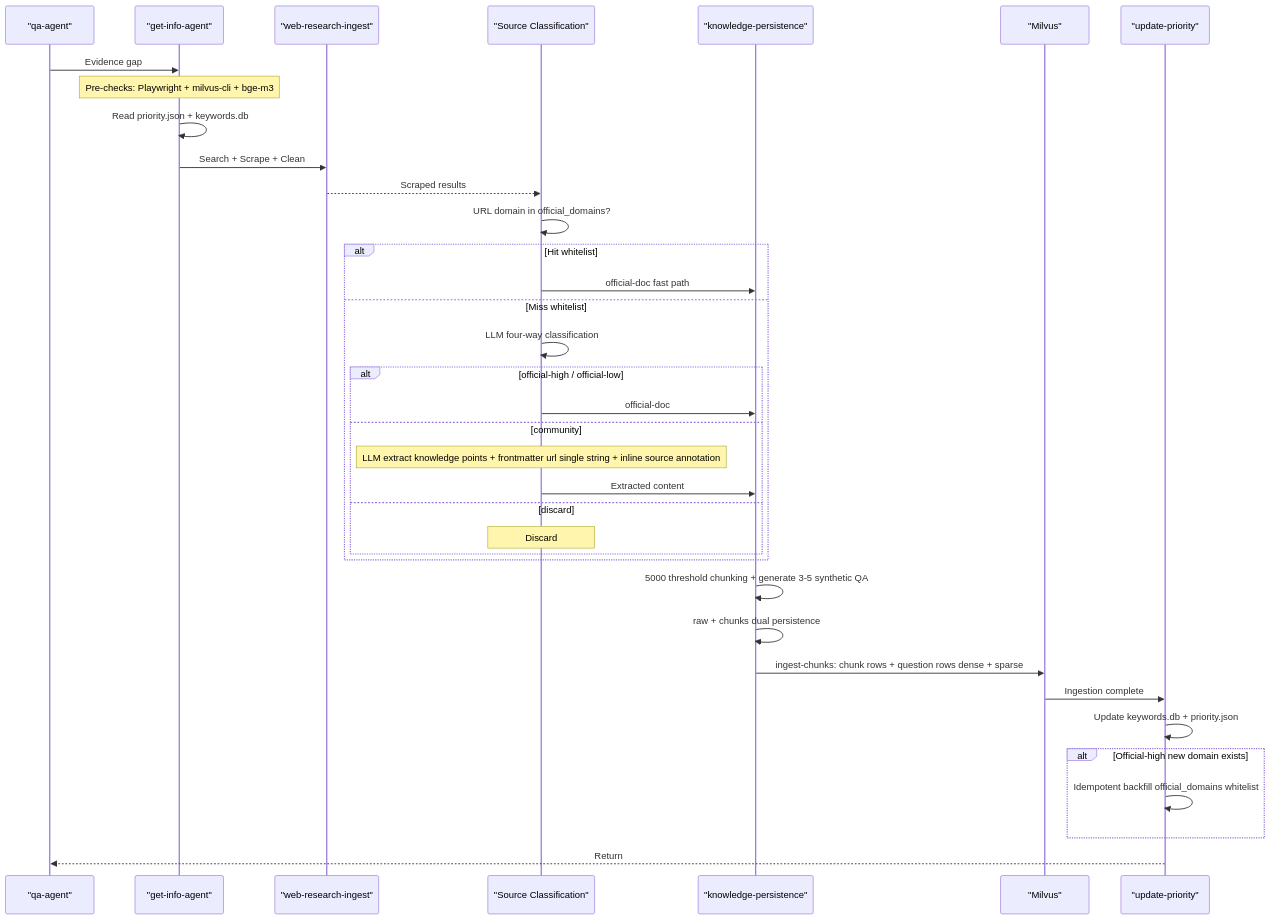
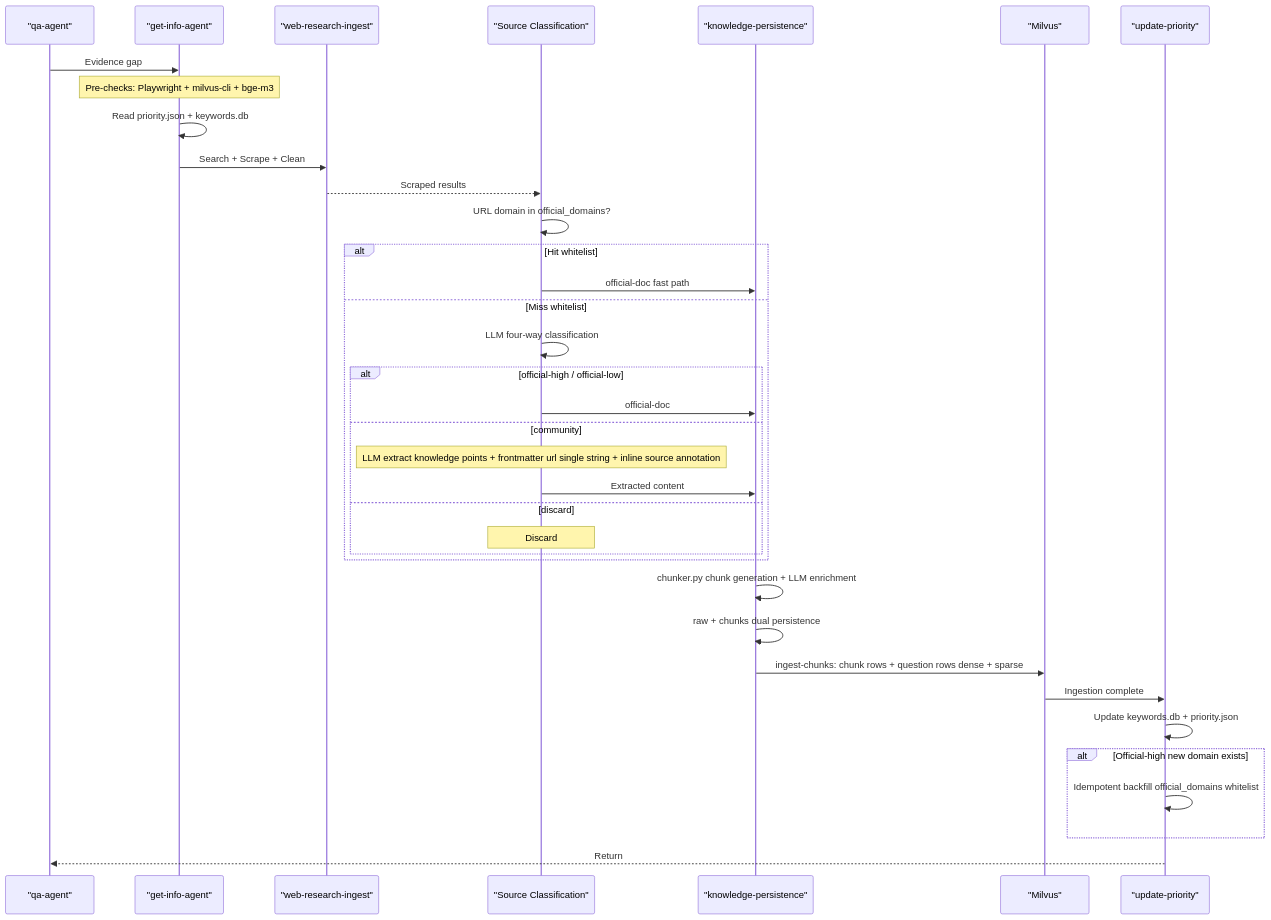
One commit to mengsi16/mengsi16-knowlege-base changed the fourth of 4 diagrams in README_en.md. Above: the diagram before and after it, drawn with Mermaid. The commit also changed other lines of this file and 15 other files, not shown here.

First line of the commit message:
feat: extract chunk-enrichment as standalone skill/agent, add chunker.py for deterministic splitting

````diff
--- a/README_en.md
+++ b/README_en.md
@@ -293,39 +293,39 @@
 ```mermaid
 sequenceDiagram
     participant QA as "qa-agent"
     participant GI as "get-info-agent"
     participant WRI as "web-research-ingest"
     participant CLS as "Source Classification"
     participant KP as "knowledge-persistence"
     participant MV as "Milvus"
     participant UP as "update-priority"
 
     QA->>GI: Evidence gap
     Note over GI: Pre-checks: Playwright + milvus-cli + bge-m3
     GI->>GI: Read priority.json + keywords.db
     GI->>WRI: Search + Scrape + Clean
     WRI-->>CLS: Scraped results
     CLS->>CLS: URL domain in official_domains?
     alt Hit whitelist
         CLS->>KP: official-doc fast path
     else Miss whitelist
         CLS->>CLS: LLM four-way classification
         alt official-high / official-low
             CLS->>KP: official-doc
         else community
             Note over CLS: LLM extract knowledge points + frontmatter url single string + inline source annotation
             CLS->>KP: Extracted content
         else discard
             Note over CLS: Discard
         end
     end
-    KP->>KP: 5000 threshold chunking + generate 3-5 synthetic QA
+    KP->>KP: chunker.py chunk generation + LLM enrichment
     KP->>KP: raw + chunks dual persistence
     KP->>MV: ingest-chunks: chunk rows + question rows dense + sparse
     MV->>UP: Ingestion complete
     UP->>UP: Update keywords.db + priority.json
     alt Official-high new domain exists
         UP->>UP: Idempotent backfill official_domains whitelist
     end
     UP-->>QA: Return
 ```
````
